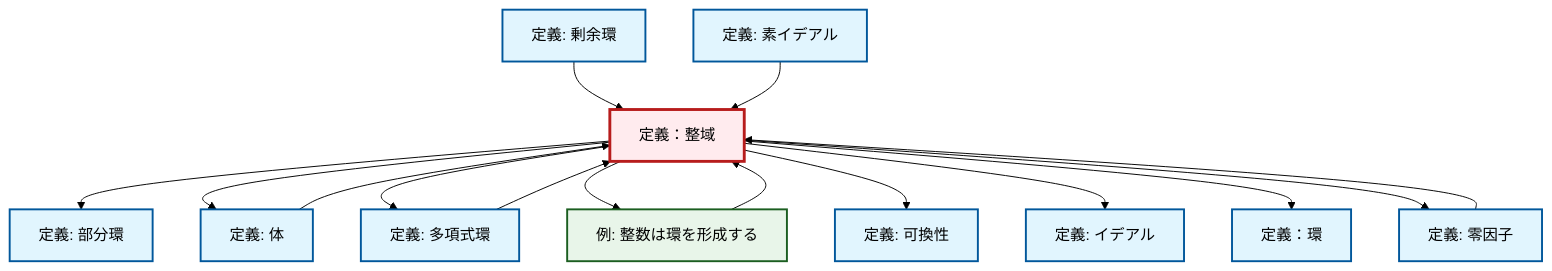
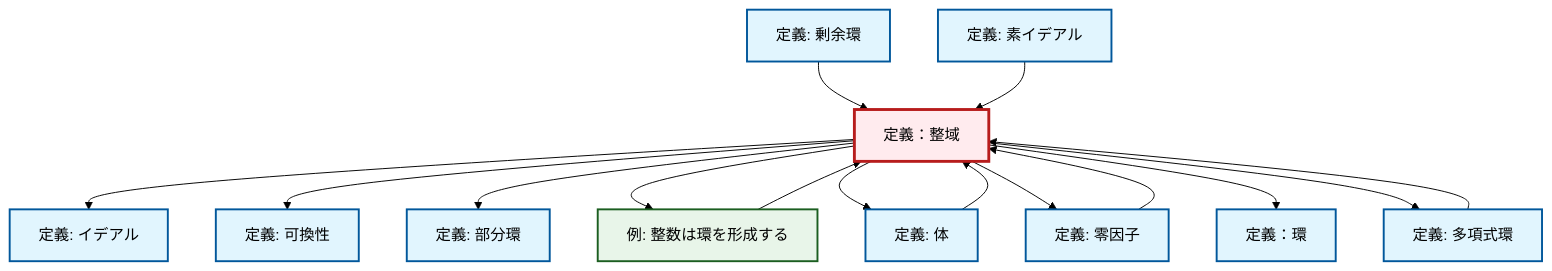
One commit to RK0429/ModernMath changed the diagram in content/ja/algebra/def-integral-domain.qmd. Above: the diagram before and after it, drawn with Mermaid (forest theme). The commit also changed other lines of this file and 328 other files, not shown here.

````diff
--- a/content/ja/algebra/def-integral-domain.qmd
+++ b/content/ja/algebra/def-integral-domain.qmd
@@ -95,45 +95,45 @@
 ```{mermaid}
 %%| fig-cap: "ローカル依存関係グラフ"
 graph TD
     classDef definition fill:#e1f5fe,stroke:#01579b,stroke-width:2px
     classDef theorem fill:#f3e5f5,stroke:#4a148c,stroke-width:2px
     classDef axiom fill:#fff3e0,stroke:#e65100,stroke-width:2px
     classDef example fill:#e8f5e9,stroke:#1b5e20,stroke-width:2px
     classDef current fill:#ffebee,stroke:#b71c1c,stroke-width:3px
     def-integral-domain["定義：整域"]:::definition
-    def-commutativity["定義: 可換性"]:::definition
-    def-subring["定義: 部分環"]:::definition
+    def-ideal["定義: イデアル"]:::definition
+    def-field["定義: 体"]:::definition
+    def-zero-divisor["定義: 零因子"]:::definition
+    ex-integers-ring["例: 整数は環を形成する"]:::example
+    def-ring["定義：環"]:::definition
     def-prime-ideal["定義: 素イデアル"]:::definition
     def-quotient-ring["定義: 剰余環"]:::definition
-    def-ideal["定義: イデアル"]:::definition
+    def-subring["定義: 部分環"]:::definition
+    def-commutativity["定義: 可換性"]:::definition
     def-polynomial-ring["定義: 多項式環"]:::definition
-    def-ring["定義：環"]:::definition
-    def-zero-divisor["定義: 零因子"]:::definition
-    def-field["定義: 体"]:::definition
-    ex-integers-ring["例: 整数は環を形成する"]:::example
+    ex-integers-ring --> def-integral-domain
+    def-integral-domain --> def-ideal
+    def-integral-domain --> def-commutativity
+    def-polynomial-ring --> def-integral-domain
+    def-field --> def-integral-domain
+    def-quotient-ring --> def-integral-domain
+    def-prime-ideal --> def-integral-domain
     def-integral-domain --> def-subring
-    def-polynomial-ring --> def-integral-domain
-    def-quotient-ring --> def-integral-domain
+    def-integral-domain --> ex-integers-ring
     def-zero-divisor --> def-integral-domain
     def-integral-domain --> def-field
+    def-integral-domain --> def-zero-divisor
+    def-integral-domain --> def-ring
     def-integral-domain --> def-polynomial-ring
-    def-integral-domain --> ex-integers-ring
-    def-integral-domain --> def-commutativity
-    def-prime-ideal --> def-integral-domain
-    def-integral-domain --> def-ideal
-    ex-integers-ring --> def-integral-domain
-    def-field --> def-integral-domain
-    def-integral-domain --> def-ring
-    def-integral-domain --> def-zero-divisor
     class def-integral-domain current
-    click def-commutativity "def-commutativity.html" "可換性の定義へ"
-    click def-subring "def-subring.html" "部分環の定義へ"
+    click def-ideal "def-ideal.html" "イデアルの定義へ"
+    click def-field "def-field.html" "体の定義へ"
+    click def-zero-divisor "def-zero-divisor.html" "零因子の定義へ"
+    click ex-integers-ring "ex-integers-ring.html" "整数は環を形成するの例へ"
+    click def-ring "def-ring.html" "定義：環へ"
     click def-prime-ideal "def-prime-ideal.html" "素イデアルの定義へ"
     click def-quotient-ring "def-quotient-ring.html" "剰余環の定義へ"
-    click def-ideal "def-ideal.html" "イデアルの定義へ"
+    click def-subring "def-subring.html" "部分環の定義へ"
+    click def-commutativity "def-commutativity.html" "可換性の定義へ"
     click def-polynomial-ring "def-polynomial-ring.html" "多項式環の定義へ"
-    click def-ring "def-ring.html" "定義：環へ"
-    click def-zero-divisor "def-zero-divisor.html" "零因子の定義へ"
-    click def-field "def-field.html" "体の定義へ"
-    click ex-integers-ring "ex-integers-ring.html" "整数は環を形成するの例へ"
 ```
````
